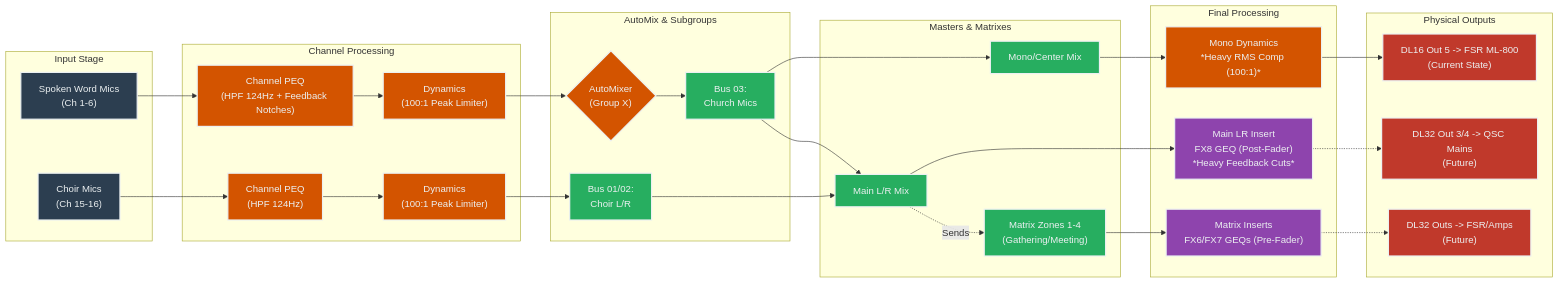
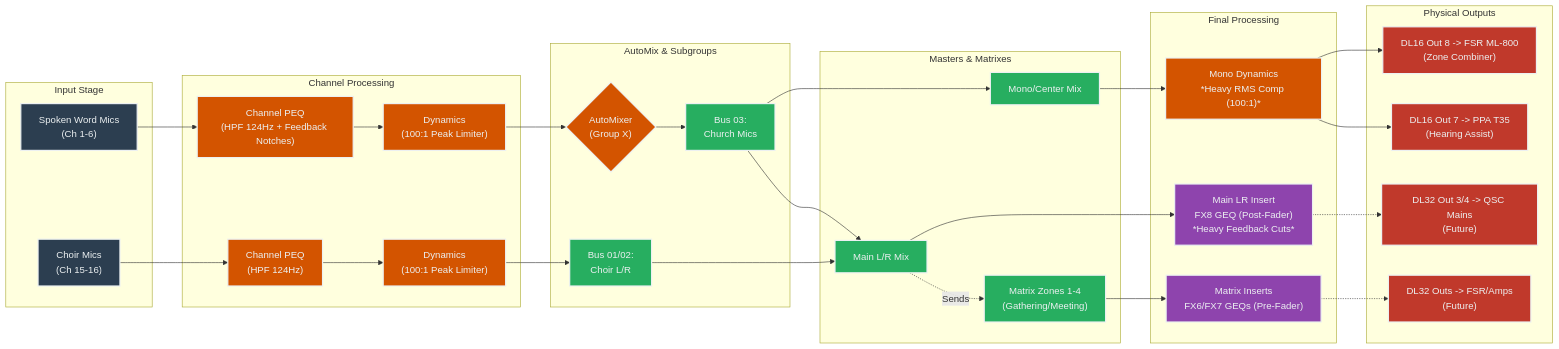
Before and after one commit to annunlord/audio: the diagram in config/CONFIGURING.md, drawn with Mermaid. The commit also changed other lines of this file, not shown here.

Commit message:
Apply corrections to output and add PPA documentation

````diff
--- a/config/CONFIGURING.md
+++ b/config/CONFIGURING.md
@@ -205,81 +207,82 @@
 ```mermaid
 graph LR
     %% Styling
     classDef input fill:#2c3e50,stroke:#ecf0f1,stroke-width:2px,color:#ecf0f1;
     classDef proc fill:#d35400,stroke:#ecf0f1,stroke-width:2px,color:#ecf0f1;
     classDef mix fill:#27ae60,stroke:#ecf0f1,stroke-width:2px,color:#ecf0f1;
     classDef insert fill:#8e44ad,stroke:#ecf0f1,stroke-width:2px,color:#ecf0f1;
     classDef out fill:#c0392b,stroke:#ecf0f1,stroke-width:2px,color:#ecf0f1;
 
     %% -------------------
     %% Input Stage
     %% -------------------
     subgraph Input Stage
         Mics["Spoken Word Mics\n(Ch 1-6)"]:::input
         Choir["Choir Mics\n(Ch 15-16)"]:::input
     end
 
     %% -------------------
     %% Channel Processing
     %% -------------------
     subgraph Channel Processing
         MicEQ["Channel PEQ\n(HPF 124Hz + Feedback Notches)"]:::proc
         MicComp["Dynamics\n(100:1 Peak Limiter)"]:::proc
         ChoirEQ["Channel PEQ\n(HPF 124Hz)"]:::proc
         ChoirComp["Dynamics\n(100:1 Peak Limiter)"]:::proc
     end
 
     Mics --> MicEQ --> MicComp
     Choir --> ChoirEQ --> ChoirComp
 
     %% -------------------
     %% AutoMix & Busing
     %% -------------------
     subgraph AutoMix & Subgroups
         AMix{"AutoMixer\n(Group X)"}:::proc
         Bus3["Bus 03:\nChurch Mics"]:::mix
         Bus1_2["Bus 01/02:\nChoir L/R"]:::mix
     end
 
     MicComp --> AMix --> Bus3
     ChoirComp --> Bus1_2
 
     %% -------------------
     %% Master Buses
     %% -------------------
     subgraph Masters & Matrixes
         MainLR["Main L/R Mix"]:::mix
         MainMono["Mono/Center Mix"]:::mix
         MtxZones["Matrix Zones 1-4\n(Gathering/Meeting)"]:::mix
     end
 
     Bus3 --> MainLR & MainMono
     Bus1_2 --> MainLR
     MainLR -. "Sends" .-> MtxZones
 
     %% -------------------
     %% Master Inserts & Dynamics
     %% -------------------
     subgraph Final Processing
         MainGEQ["Main LR Insert\nFX8 GEQ (Post-Fader)\n*Heavy Feedback Cuts*"]:::insert
         MonoDyn["Mono Dynamics\n*Heavy RMS Comp (100:1)*"]:::proc
         MtxGEQ["Matrix Inserts\nFX6/FX7 GEQs (Pre-Fader)"]:::insert
     end
 
     MainLR --> MainGEQ
     MainMono --> MonoDyn
     MtxZones --> MtxGEQ
 
     %% -------------------
     %% Physical Output
     %% -------------------
     subgraph Physical Outputs
-        OutFSR["DL16 Out 5 -> FSR ML-800\n(Current State)"]:::out
+        OutFSR["DL16 Out 8 -> FSR ML-800\n(Zone Combiner)"]:::out
+        OutPPA["DL16 Out 7 -> PPA T35\n(Hearing Assist)"]:::out
         OutQSC["DL32 Out 3/4 -> QSC Mains\n(Future)"]:::out
         OutZones["DL32 Outs -> FSR/Amps\n(Future)"]:::out
     end
 
-    MonoDyn --> OutFSR
+    MonoDyn --> OutFSR & OutPPA
     MainGEQ -.-> OutQSC
     MtxGEQ -.-> OutZones
 ```
````
